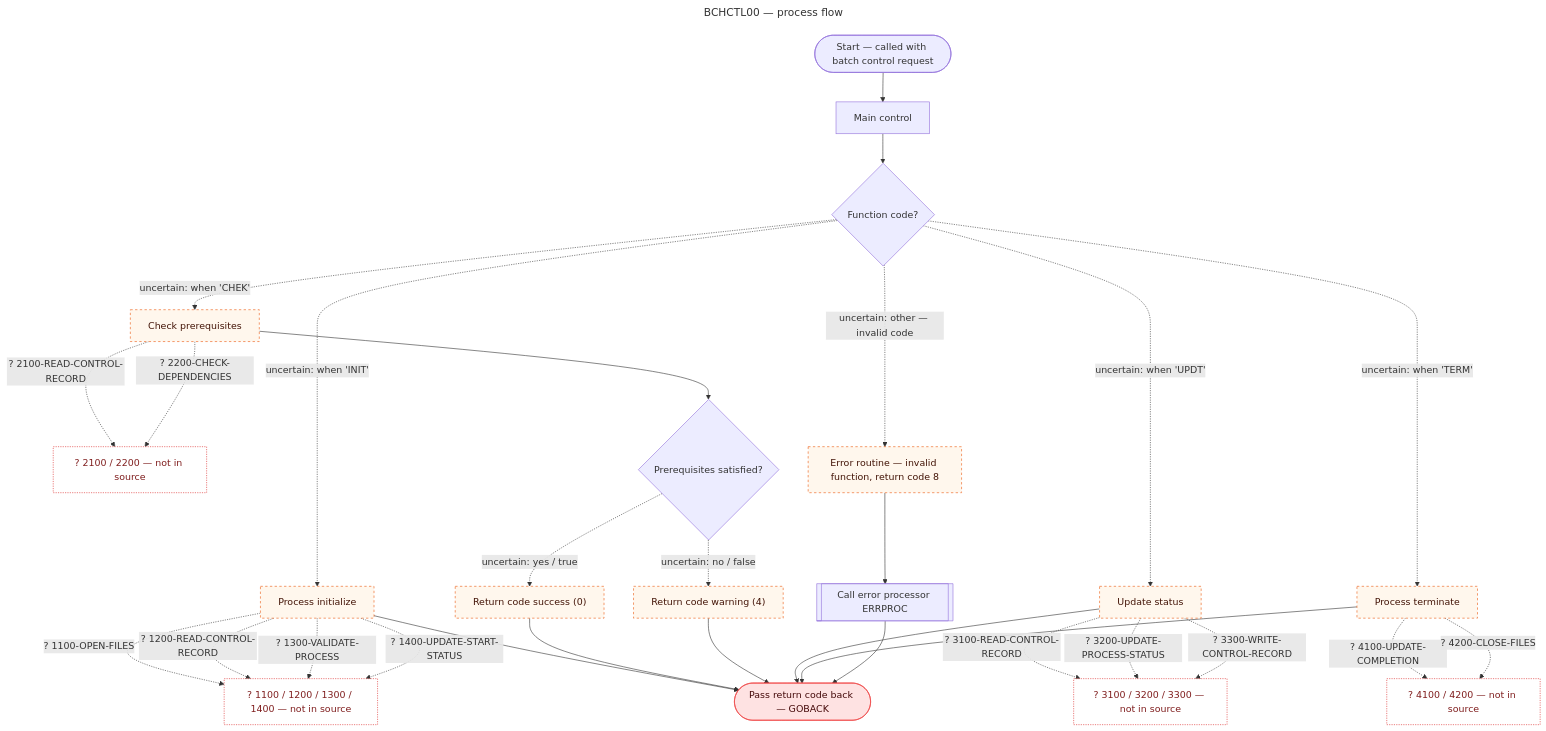
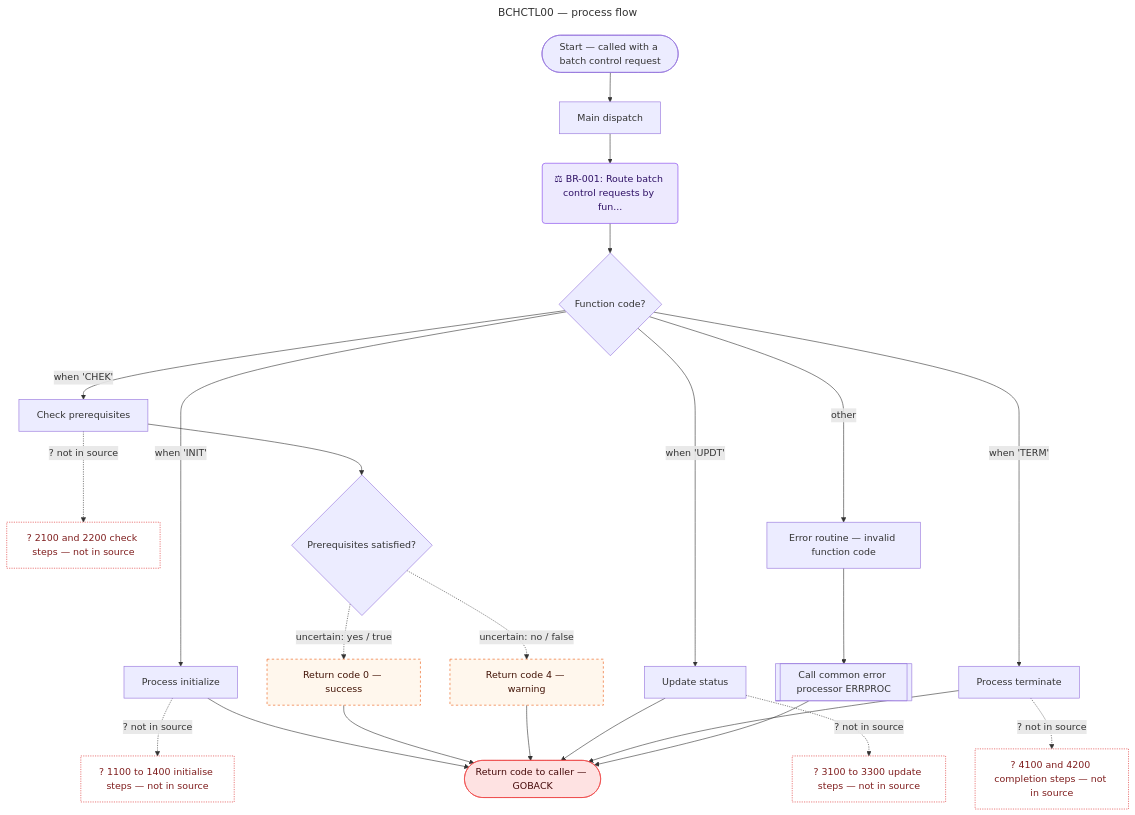
One commit to vighnasreevara/REVFORGE-Harness changed the diagram in output/diagram/diagrams/flow_BCHCTL00.mmd. Above: the diagram before and after it, drawn with Mermaid. The commit also changed 352 other files, not shown here.

```diff
--- a/output/diagram/diagrams/flow_BCHCTL00.mmd
+++ b/output/diagram/diagrams/flow_BCHCTL00.mmd
@@ -1,89 +1,82 @@
 ---
 title: BCHCTL00 — process flow
 ---
 flowchart TD
   %% Generated by 6_diagram agent — sequence-builder skill
-  %% Program: BCHCTL00 (batch subprogram, logic_status partial) — 6 paragraphs, 4 business rules (none inline)
+  %% Program: BCHCTL00 (called subprogram) — 6 paragraphs, 3 business rules, logic_status partial
   %% Edges: solid = confirmed; -.-> runtime:/uncertain: = uncertain; -.-> ? = unsupported
 
+  classDef rule       fill:#ede9fe,stroke:#7c3aed,color:#2e1065
   classDef io         fill:#fef3c7,stroke:#f59e0b,color:#451a03
   classDef terminal   fill:#fee2e2,stroke:#ef4444,color:#450a0a
+  classDef deadCode   fill:#f3f4f6,stroke:#9ca3af,color:#9ca3af,stroke-dasharray:5 5
+  classDef loop       fill:#d1fae5,stroke:#10b981,color:#064e3b
   classDef runtime    fill:#fff7ed,stroke:#ea580c,color:#431407,stroke-dasharray:4 4
   classDef unresolved fill:#ffffff,stroke:#dc2626,color:#7f1d1d,stroke-dasharray:2 2
 
-  START(["Start — called with batch control request"])
-  PARA_0000["Main control"]
+  START(["Start — called with a batch control request"])
+  PARA_0000["Main dispatch"]
+  RULE_BR001("⚖ BR-001: Route batch control requests by fun..."):::rule
   DEC_FUNC{"Function code?"}
-  PARA_1000["Process initialize"]:::runtime
-  UNRES_1000["? 1100 / 1200 / 1300 / 1400 — not in source"]:::unresolved
-  PARA_2000["Check prerequisites"]:::runtime
-  UNRES_2000["? 2100 / 2200 — not in source"]:::unresolved
+  PARA_1000["Process initialize"]
+  UNRES_1000["? 1100 to 1400 initialise steps — not in source"]:::unresolved
+  PARA_2000["Check prerequisites"]
+  UNRES_2000["? 2100 and 2200 check steps — not in source"]:::unresolved
   DEC_PREREQ{"Prerequisites satisfied?"}
-  RC_OK["Return code success (0)"]:::runtime
-  RC_WARN["Return code warning (4)"]:::runtime
-  PARA_3000["Update status"]:::runtime
-  UNRES_3000["? 3100 / 3200 / 3300 — not in source"]:::unresolved
-  PARA_4000["Process terminate"]:::runtime
-  UNRES_4000["? 4100 / 4200 — not in source"]:::unresolved
-  PARA_9000["Error routine — invalid function, return code 8"]:::runtime
-  CALL_ERRPROC[["Call error processor ERRPROC"]]
-  TERMINAL(["Pass return code back — GOBACK"]):::terminal
+  SET_RC0["Return code 0 — success"]:::runtime
+  SET_RC4["Return code 4 — warning"]:::runtime
+  PARA_3000["Update status"]
+  UNRES_3000["? 3100 to 3300 update steps — not in source"]:::unresolved
+  PARA_4000["Process terminate"]
+  UNRES_4000["? 4100 and 4200 completion steps — not in source"]:::unresolved
+  PARA_9000["Error routine — invalid function code"]
+  CALL_ERRPROC[["Call common error processor ERRPROC"]]
+  TERMINAL(["Return code to caller — GOBACK"]):::terminal
 
-  START --> PARA_0000
-  PARA_0000 --> DEC_FUNC
-  DEC_FUNC -.->|uncertain: when 'INIT'| PARA_1000
-  DEC_FUNC -.->|uncertain: when 'CHEK'| PARA_2000
-  DEC_FUNC -.->|uncertain: when 'UPDT'| PARA_3000
-  DEC_FUNC -.->|uncertain: when 'TERM'| PARA_4000
-  DEC_FUNC -.->|uncertain: other — invalid code| PARA_9000
-  PARA_1000 -.->|? 1100-OPEN-FILES| UNRES_1000
-  PARA_1000 -.->|? 1200-READ-CONTROL-RECORD| UNRES_1000
-  PARA_1000 -.->|? 1300-VALIDATE-PROCESS| UNRES_1000
-  PARA_1000 -.->|? 1400-UPDATE-START-STATUS| UNRES_1000
-  PARA_2000 -.->|? 2100-READ-CONTROL-RECORD| UNRES_2000
-  PARA_2000 -.->|? 2200-CHECK-DEPENDENCIES| UNRES_2000
-  PARA_2000 --> DEC_PREREQ
-  DEC_PREREQ -.->|uncertain: yes / true| RC_OK
-  DEC_PREREQ -.->|uncertain: no / false| RC_WARN
-  PARA_3000 -.->|? 3100-READ-CONTROL-RECORD| UNRES_3000
-  PARA_3000 -.->|? 3200-UPDATE-PROCESS-STATUS| UNRES_3000
-  PARA_3000 -.->|? 3300-WRITE-CONTROL-RECORD| UNRES_3000
-  PARA_4000 -.->|? 4100-UPDATE-COMPLETION| UNRES_4000
-  PARA_4000 -.->|? 4200-CLOSE-FILES| UNRES_4000
-  PARA_9000 --> CALL_ERRPROC
-  PARA_1000 --> TERMINAL
-  RC_OK --> TERMINAL
-  RC_WARN --> TERMINAL
-  PARA_3000 --> TERMINAL
-  PARA_4000 --> TERMINAL
-  CALL_ERRPROC --> TERMINAL
-
-  %% REVFORGE-ID START file_id=SYS-PORTFOLIO-001-FIL-0042 path_id=SYS-PORTFOLIO-001-PATH-0042
-  %% REVFORGE-ID PARA_0000 paragraph_id=SYS-PORTFOLIO-001-FIL-0042-PAR-0001 statement_id=null
-  %% REVFORGE-ID DEC_FUNC paragraph_id=SYS-PORTFOLIO-001-FIL-0042-PAR-0001 statement_id=SYS-PORTFOLIO-001-FIL-0042-STMT-000001 field_id=SYS-PORTFOLIO-001-FIL-0042-FLD-000011
+  %% REVFORGE-ID PARA_0000 paragraph_id=SYS-PORTFOLIO-001-FIL-0042-PAR-0001 statement_id=SYS-PORTFOLIO-001-FIL-0042-STMT-000001
+  %% REVFORGE-ID RULE_BR001 paragraph_id=SYS-PORTFOLIO-001-FIL-0042-PAR-0001 statement_id=SYS-PORTFOLIO-001-FIL-0042-STMT-000001
+  %% REVFORGE-ID DEC_FUNC paragraph_id=SYS-PORTFOLIO-001-FIL-0042-PAR-0001 statement_id=SYS-PORTFOLIO-001-FIL-0042-STMT-000001
   %% REVFORGE-ID PARA_1000 paragraph_id=SYS-PORTFOLIO-001-FIL-0042-PAR-0002 statement_id=SYS-PORTFOLIO-001-FIL-0042-STMT-000022
-  %% REVFORGE-ID UNRES_1000 paragraph_id=null statement_id=null
+  %% REVFORGE-ID UNRES_1000 paragraph_id=null statement_id=SYS-PORTFOLIO-001-FIL-0042-STMT-000004
   %% REVFORGE-ID PARA_2000 paragraph_id=SYS-PORTFOLIO-001-FIL-0042-PAR-0003 statement_id=SYS-PORTFOLIO-001-FIL-0042-STMT-000020
-  %% REVFORGE-ID UNRES_2000 paragraph_id=null statement_id=null
-  %% REVFORGE-ID DEC_PREREQ paragraph_id=SYS-PORTFOLIO-001-FIL-0042-PAR-0003 statement_id=SYS-PORTFOLIO-001-FIL-0042-STMT-000010 field_id=SYS-PORTFOLIO-001-FIL-0042-FLD-000004
-  %% REVFORGE-ID RC_OK paragraph_id=SYS-PORTFOLIO-001-FIL-0042-PAR-0003 statement_id=SYS-PORTFOLIO-001-FIL-0042-STMT-000030
-  %% REVFORGE-ID RC_WARN paragraph_id=SYS-PORTFOLIO-001-FIL-0042-PAR-0003 statement_id=SYS-PORTFOLIO-001-FIL-0042-STMT-000029
+  %% REVFORGE-ID UNRES_2000 paragraph_id=null statement_id=SYS-PORTFOLIO-001-FIL-0042-STMT-000008
+  %% REVFORGE-ID DEC_PREREQ paragraph_id=SYS-PORTFOLIO-001-FIL-0042-PAR-0003 statement_id=SYS-PORTFOLIO-001-FIL-0042-STMT-000010
+  %% REVFORGE-ID SET_RC0 paragraph_id=SYS-PORTFOLIO-001-FIL-0042-PAR-0003 statement_id=SYS-PORTFOLIO-001-FIL-0042-STMT-000030
+  %% REVFORGE-ID SET_RC4 paragraph_id=SYS-PORTFOLIO-001-FIL-0042-PAR-0003 statement_id=SYS-PORTFOLIO-001-FIL-0042-STMT-000029
   %% REVFORGE-ID PARA_3000 paragraph_id=SYS-PORTFOLIO-001-FIL-0042-PAR-0004 statement_id=SYS-PORTFOLIO-001-FIL-0042-STMT-000026
-  %% REVFORGE-ID UNRES_3000 paragraph_id=null statement_id=null
+  %% REVFORGE-ID UNRES_3000 paragraph_id=null statement_id=SYS-PORTFOLIO-001-FIL-0042-STMT-000011
   %% REVFORGE-ID PARA_4000 paragraph_id=SYS-PORTFOLIO-001-FIL-0042-PAR-0005 statement_id=SYS-PORTFOLIO-001-FIL-0042-STMT-000024
-  %% REVFORGE-ID UNRES_4000 paragraph_id=null statement_id=null
+  %% REVFORGE-ID UNRES_4000 paragraph_id=null statement_id=SYS-PORTFOLIO-001-FIL-0042-STMT-000014
   %% REVFORGE-ID PARA_9000 paragraph_id=SYS-PORTFOLIO-001-FIL-0042-PAR-0006 statement_id=SYS-PORTFOLIO-001-FIL-0042-STMT-000028
   %% REVFORGE-ID CALL_ERRPROC paragraph_id=SYS-PORTFOLIO-001-FIL-0042-PAR-0006 statement_id=SYS-PORTFOLIO-001-FIL-0042-STMT-000018
   %% REVFORGE-ID TERMINAL paragraph_id=SYS-PORTFOLIO-001-FIL-0042-PAR-0001 statement_id=SYS-PORTFOLIO-001-FIL-0042-STMT-000003
 
-  %% Unresolvable PERFORM targets (Agent 4 unresolvable_paths, 11): 1100-OPEN-FILES, 1200-READ-CONTROL-RECORD,
-  %% 1300-VALIDATE-PROCESS, 1400-UPDATE-START-STATUS, 2100-READ-CONTROL-RECORD, 2200-CHECK-DEPENDENCIES,
-  %% 3100-READ-CONTROL-RECORD, 3200-UPDATE-PROCESS-STATUS, 3300-WRITE-CONTROL-RECORD, 4100-UPDATE-COMPLETION, 4200-CLOSE-FILES.
-  %% Placeholder nodes are grouped per performing paragraph; they carry no Paragraph ID and no outgoing edges.
-  %% Logic Agent warning: the prerequisite flag (WS-PREREQ-MET) is never set by any statement present in the source.
+  START --> PARA_0000
+  PARA_0000 --> RULE_BR001
+  RULE_BR001 --> DEC_FUNC
+  DEC_FUNC -->|when 'INIT'| PARA_1000
+  DEC_FUNC -->|when 'CHEK'| PARA_2000
+  DEC_FUNC -->|when 'UPDT'| PARA_3000
+  DEC_FUNC -->|when 'TERM'| PARA_4000
+  DEC_FUNC -->|other| PARA_9000
+  PARA_1000 -.->|? not in source| UNRES_1000
+  PARA_1000 --> TERMINAL
+  PARA_2000 -.->|? not in source| UNRES_2000
+  PARA_2000 --> DEC_PREREQ
+  DEC_PREREQ -.->|uncertain: yes / true| SET_RC0
+  DEC_PREREQ -.->|uncertain: no / false| SET_RC4
+  SET_RC0 --> TERMINAL
+  SET_RC4 --> TERMINAL
+  PARA_3000 -.->|? not in source| UNRES_3000
+  PARA_3000 --> TERMINAL
+  PARA_4000 -.->|? not in source| UNRES_4000
+  PARA_4000 --> TERMINAL
+  PARA_9000 --> CALL_ERRPROC
+  CALL_ERRPROC --> TERMINAL
 
-  %% Low-confidence rules not shown inline:
-  %% BR-001 (medium): Route batch control requests by function code — see paragraph 0000-MAIN · SME review
-  %% BR-002 (medium): Check batch prerequisites are satisfied — see paragraph 2000-CHECK-PREREQUISITES · SME review
-  %% ⚠ BR-129 (low): Check batch prerequisites pending value — 88-level definition, no paragraph · SME review
-  %% ⚠ BR-130 (low): Select batch control processing mode — 88-level definition, no paragraph · SME review
+  %% Missing PERFORM targets (Agent 4 unresolvable_paths): 1100-OPEN-FILES, 1200-READ-CONTROL-RECORD, 1300-VALIDATE-PROCESS,
+  %% 1400-UPDATE-START-STATUS, 2100-READ-CONTROL-RECORD, 2200-CHECK-DEPENDENCIES, 3100-READ-CONTROL-RECORD,
+  %% 3200-UPDATE-PROCESS-STATUS, 3300-WRITE-CONTROL-RECORD, 4100-UPDATE-COMPLETION, 4200-CLOSE-FILES
+  %% Medium and low confidence rules not shown inline:
+  %% BR-002 (medium): Require batch prerequisites to be satisfied — see paragraph 2000-CHECK-PREREQUISITES · SME review
+  %% ⚠ BR-153 (low): Select batch control process mode — declared value domain, no paragraph · SME review
```
